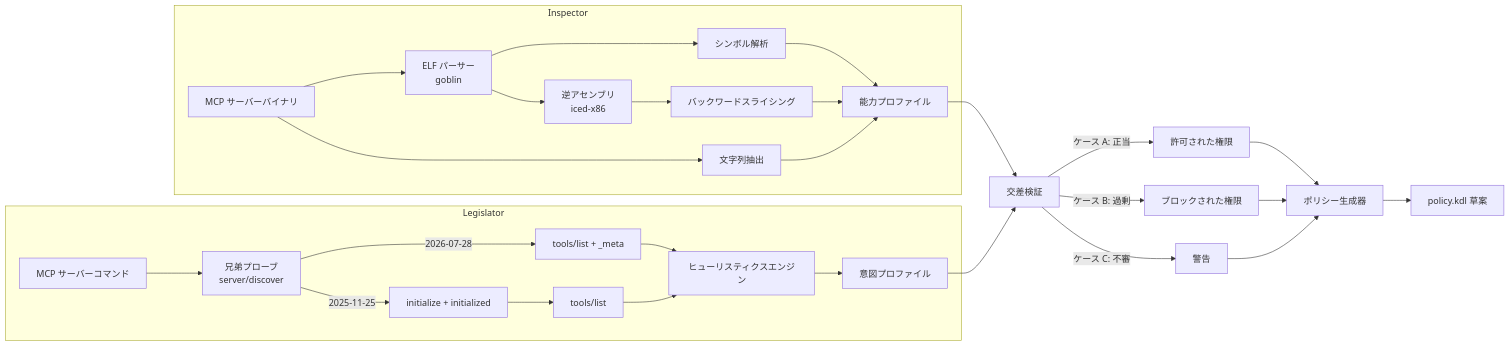
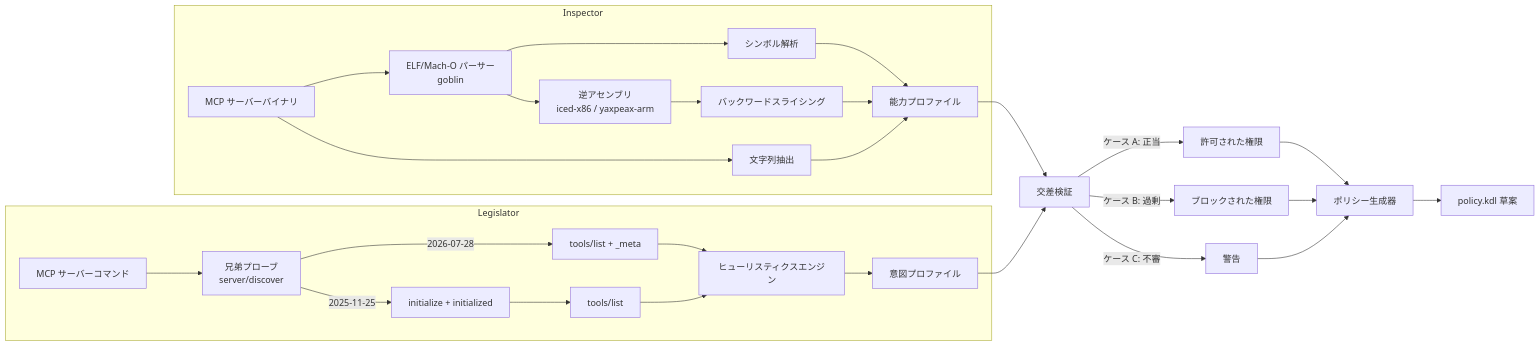
Before and after one commit to strumbyte/mcp-writ: the eighth of 10 diagrams in docs/guide.ja.md, drawn with Mermaid. The commit also changed other lines of this file and 16 other files, not shown here.

First line of the commit message:
Update documentation to reflect ELF/Mach-O multi-architecture analysis support and clarify host vs. target independence

````diff
--- a/docs/guide.ja.md
+++ b/docs/guide.ja.md
@@ -425,35 +425,35 @@
 ```mermaid
 flowchart LR
     subgraph Inspector
-        B[MCP サーバーバイナリ] --> EP[ELF パーサー<br/>goblin]
+        B[MCP サーバーバイナリ] --> EP[ELF/Mach-O パーサー<br/>goblin]
         EP --> SY[シンボル解析]
-        EP --> DI[逆アセンブリ<br/>iced-x86]
+        EP --> DI[逆アセンブリ<br/>iced-x86 / yaxpeax-arm]
         DI --> SL[バックワードスライシング]
         SY --> CP[能力プロファイル]
         SL --> CP
         B --> ST[文字列抽出]
         ST --> CP
     end
 
     subgraph Legislator
         CMD["MCP サーバーコマンド"] --> PROBE["兄弟プローブ<br/>server/discover"]
         PROBE -->|2026-07-28| TL["tools/list + _meta"]
         PROBE -->|2025-11-25| INIT["initialize + initialized"]
         INIT --> TL2["tools/list"]
         TL --> HE[ヒューリスティクスエンジン]
         TL2 --> HE
         HE --> IP[意図プロファイル]
     end
 
     CP --> XV[交差検証]
     IP --> XV
 
     XV -->|ケース A: 正当| AL[許可された権限]
     XV -->|ケース B: 過剰| BL[ブロックされた権限]
     XV -->|ケース C: 不審| WA[警告]
 
     AL --> PG[ポリシー生成器]
     BL --> PG
     WA --> PG
     PG --> PT[policy.kdl 草案]
 ```
````
